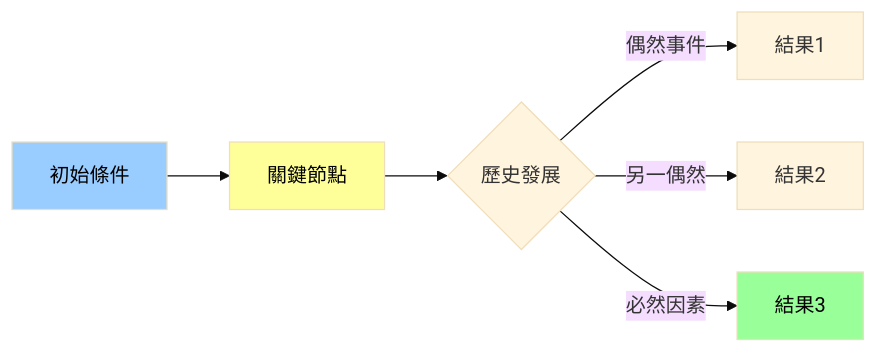
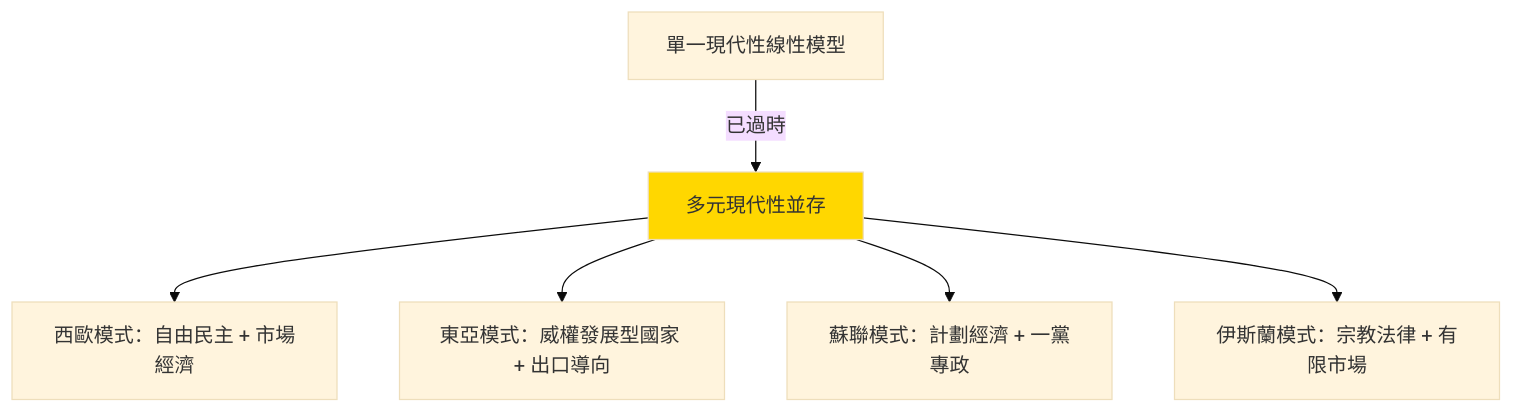
One commit to yip-lgtm/HKU-Harvard-History-Self-Study changed the fourth of 10 diagrams in 01_HKU_Courses/HIST1016_The_modern_world.md. Above: the diagram before and after it, drawn with Mermaid (base theme). The commit also changed other lines of this file and 65 other files, not shown here.

````diff
--- a/01_HKU_Courses/HIST1016_The_modern_world.md
+++ b/01_HKU_Courses/HIST1016_The_modern_world.md
@@ -334,12 +208,9 @@
 ```mermaid
-flowchart LR
-    A[初始條件] --> B[關鍵節點]
-    B --> C{歷史發展}
-    C -->|偶然事件| D[結果1]
-    C -->|另一偶然| E[結果2]
-    C -->|必然因素| F[結果3]
-    
-    style A fill:#9cf,color:#000
-    style B fill:#ff9,color:#000
-    style F fill:#9f9,color:#000
+graph TD
+    A[單一現代性線性模型] -->|已過時| B[多元現代性並存]
+    B --> C[西歐模式：自由民主 + 市場經濟]
+    B --> D[東亞模式：威權發展型國家 + 出口導向]
+    B --> E[蘇聯模式：計劃經濟 + 一黨專政]
+    B --> F[伊斯蘭模式：宗教法律 + 有限市場]
+    style B fill:#FFD700
 ```
````
